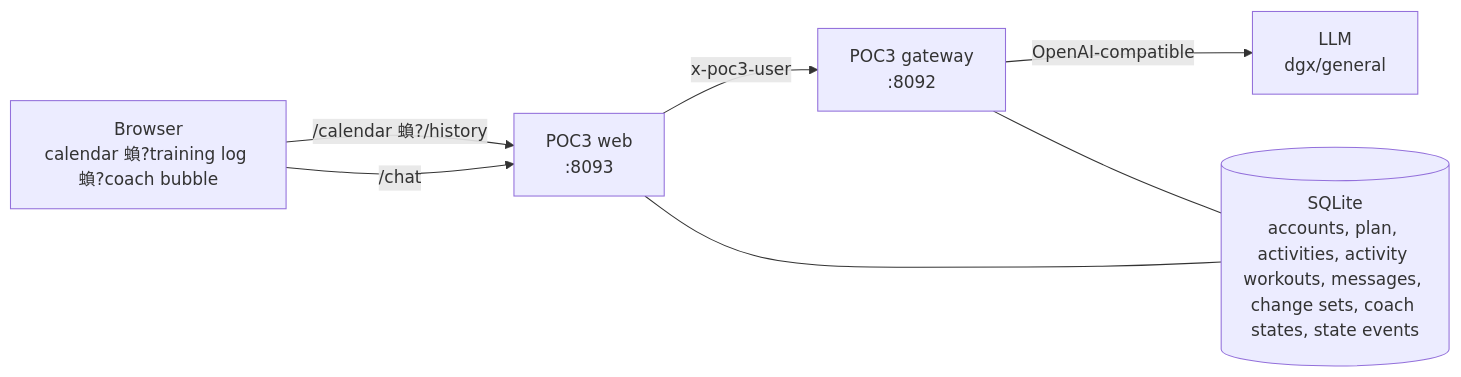
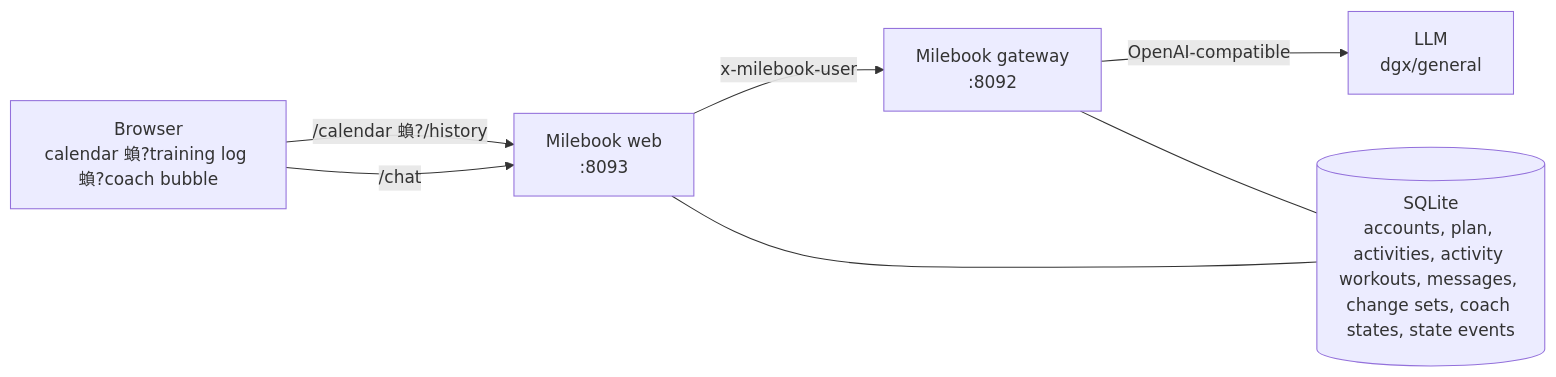
The diagram in README.md (nkyang10/training-planner-3), drawn with Mermaid before and after one commit. The commit also changed other lines of this file and 51 other files, not shown here.

First line of the commit message:
Milebook: rebrand POC3 -> Milebook (brand/titles, contract keys, env+cookies, docs, deploy, Windows task); legacy names still honoured; 556 tests, live redeployed

````diff
--- a/README.md
+++ b/README.md
@@ -250,15 +250,15 @@
 ```mermaid
 flowchart LR
     B["Browser<br/>calendar 蝜?training log 蝜?coach bubble"]
-    W["POC3 web<br/>:8093"]
-    G["POC3 gateway<br/>:8092"]
+    W["Milebook web<br/>:8093"]
+    G["Milebook gateway<br/>:8092"]
     M["LLM<br/>dgx/general"]
     S[("SQLite<br/>accounts, plan, activities, activity workouts, messages, change sets, coach states, state events")]
 
     B -->|"/calendar 蝜?/history"| W
     B -->|"/chat"| W
-    W -->|"x-poc3-user"| G
+    W -->|"x-milebook-user"| G
     G -->|"OpenAI-compatible"| M
     W --- S
     G --- S
 ```
````
